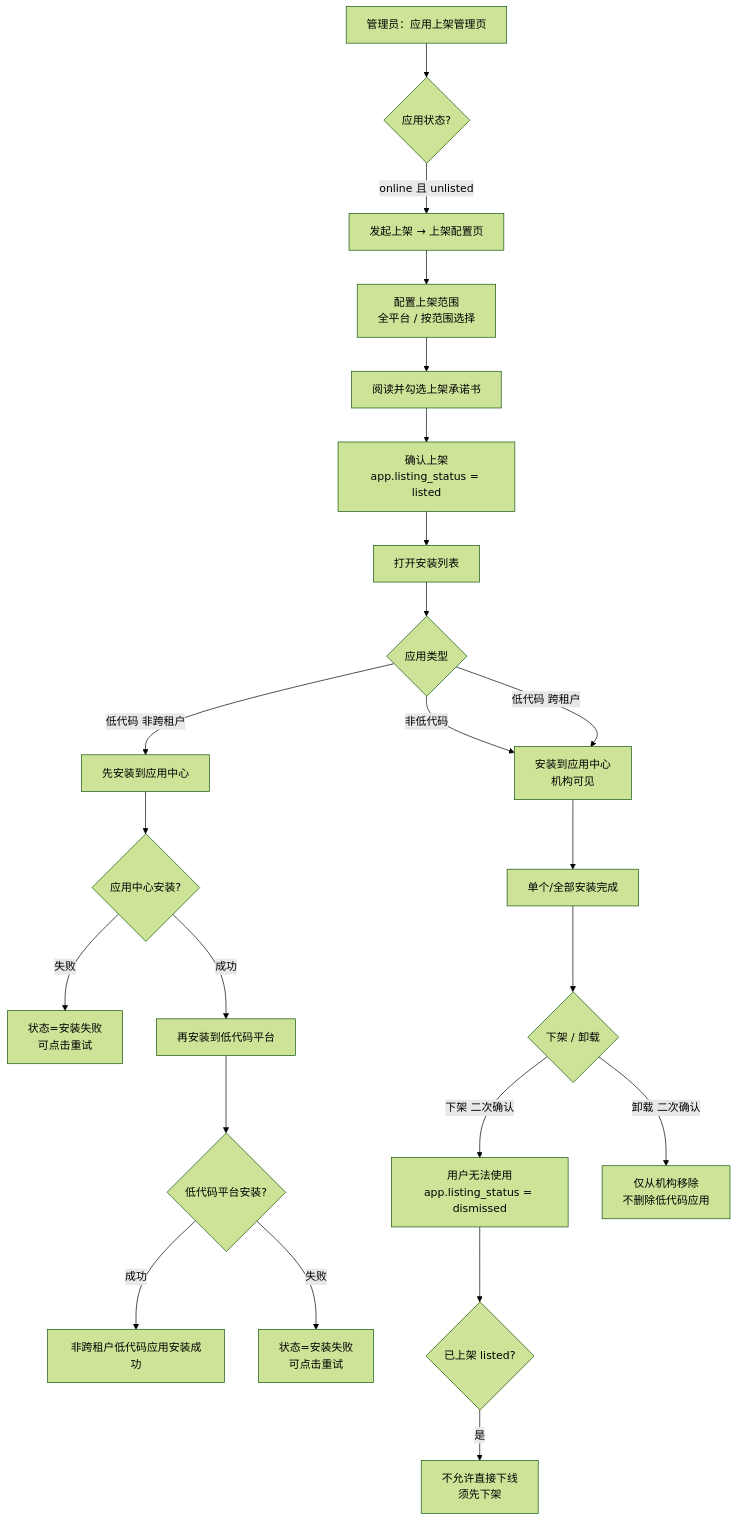
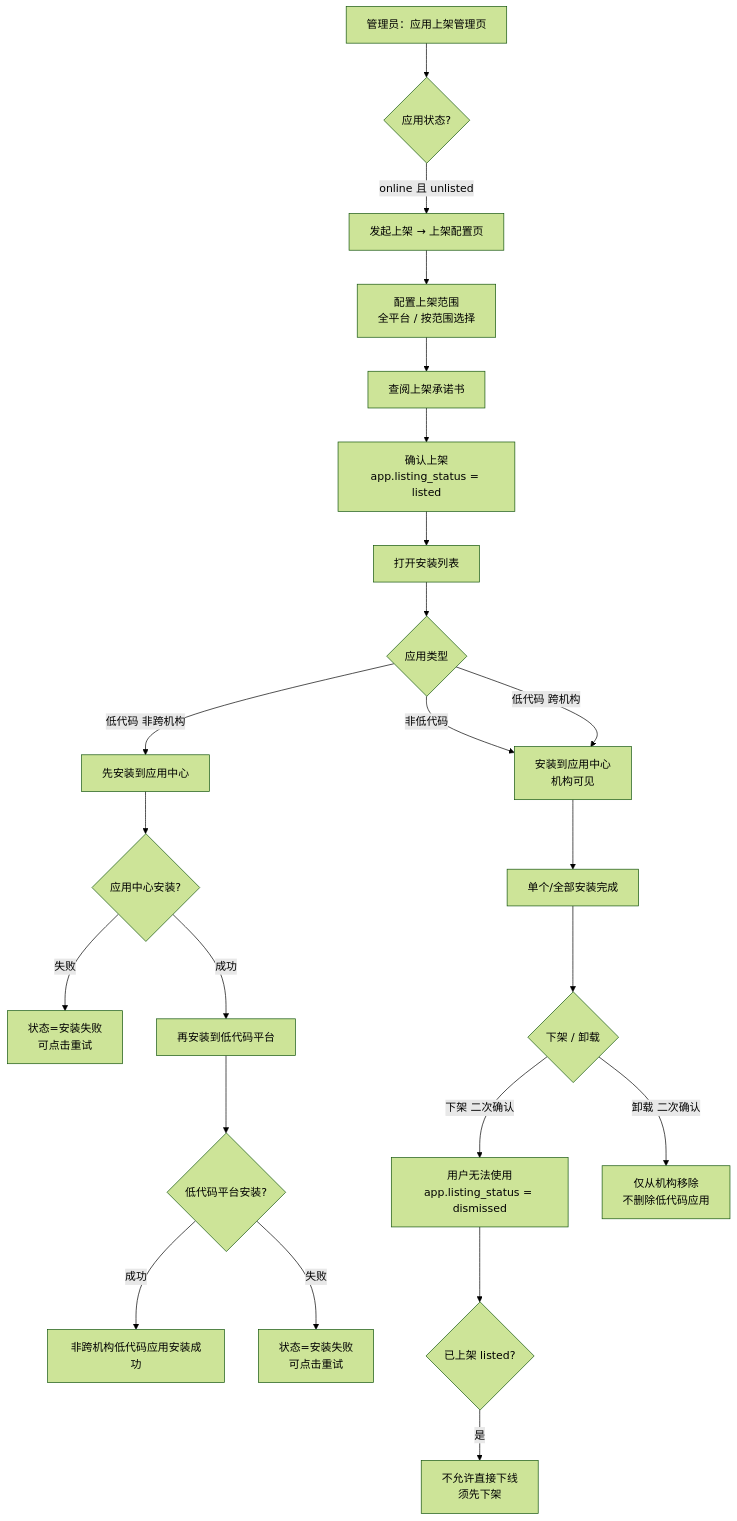
The second of 4 diagrams in output/prd/prd.md (sunmei119/restore), drawn with Mermaid (forest theme) before and after one commit. The commit also changed other lines of this file and 1 other file, not shown here.

````diff
--- a/output/prd/prd.md
+++ b/output/prd/prd.md
@@ -77,25 +77,25 @@
 ```mermaid
 flowchart TD
     A[管理员：应用上架管理页] --> B{应用状态?}
     B -->|online 且 unlisted| C[发起上架 → 上架配置页]
     C --> D[配置上架范围<br/>全平台 / 按范围选择]
-    D --> E[阅读并勾选上架承诺书]
+    D --> E[查阅上架承诺书]
     E --> F[确认上架<br/>app.listing_status = listed]
     F --> G[打开安装列表]
     G --> H{应用类型}
     H -->|非低代码| I[安装到应用中心<br/>机构可见]
-    H -->|低代码 跨租户| I
-    H -->|低代码 非跨租户| J[先安装到应用中心]
+    H -->|低代码 跨机构| I
+    H -->|低代码 非跨机构| J[先安装到应用中心]
     J --> J1{应用中心安装?}
     J1 -->|失败| J2[状态=安装失败<br/>可点击重试]
     J1 -->|成功| K[再安装到低代码平台]
     K --> K1{低代码平台安装?}
-    K1 -->|成功| K2[非跨租户低代码应用安装成功]
+    K1 -->|成功| K2[非跨机构低代码应用安装成功]
     K1 -->|失败| K3[状态=安装失败<br/>可点击重试]
     I --> L[单个/全部安装完成]
     L --> M{下架 / 卸载}
     M -->|下架 二次确认| N[用户无法使用<br/>app.listing_status = dismissed]
     M -->|卸载 二次确认| O[仅从机构移除<br/>不删除低代码应用]
     N --> P{已上架 listed?}
     P -->|是| Q[不允许直接下线<br/>须先下架]
 ```
````
